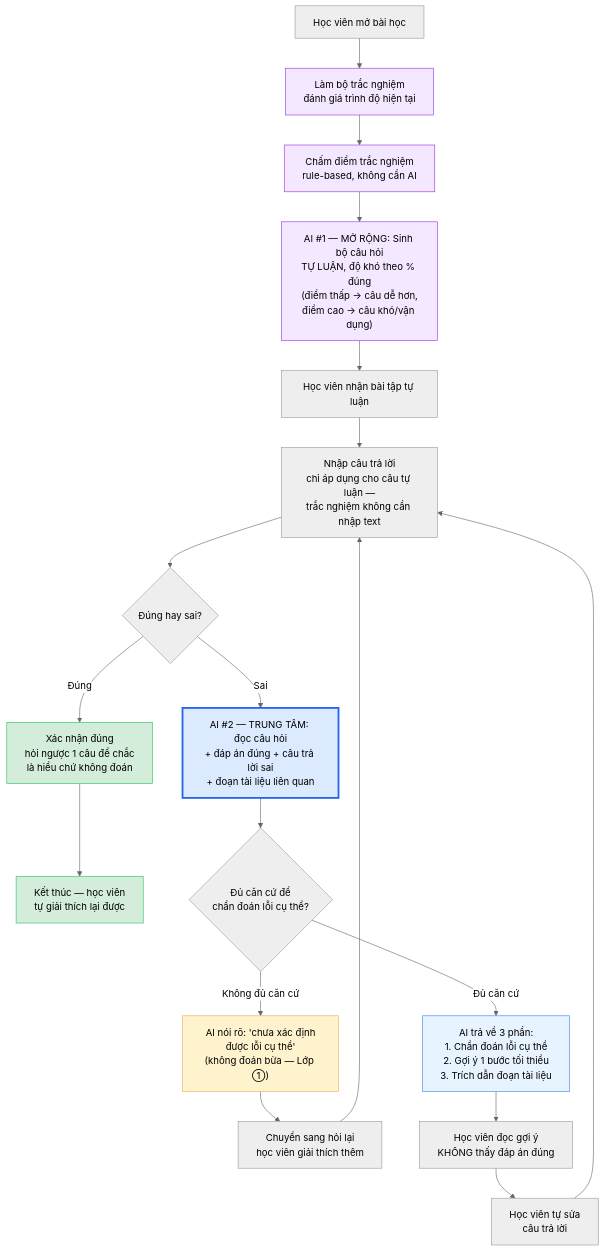
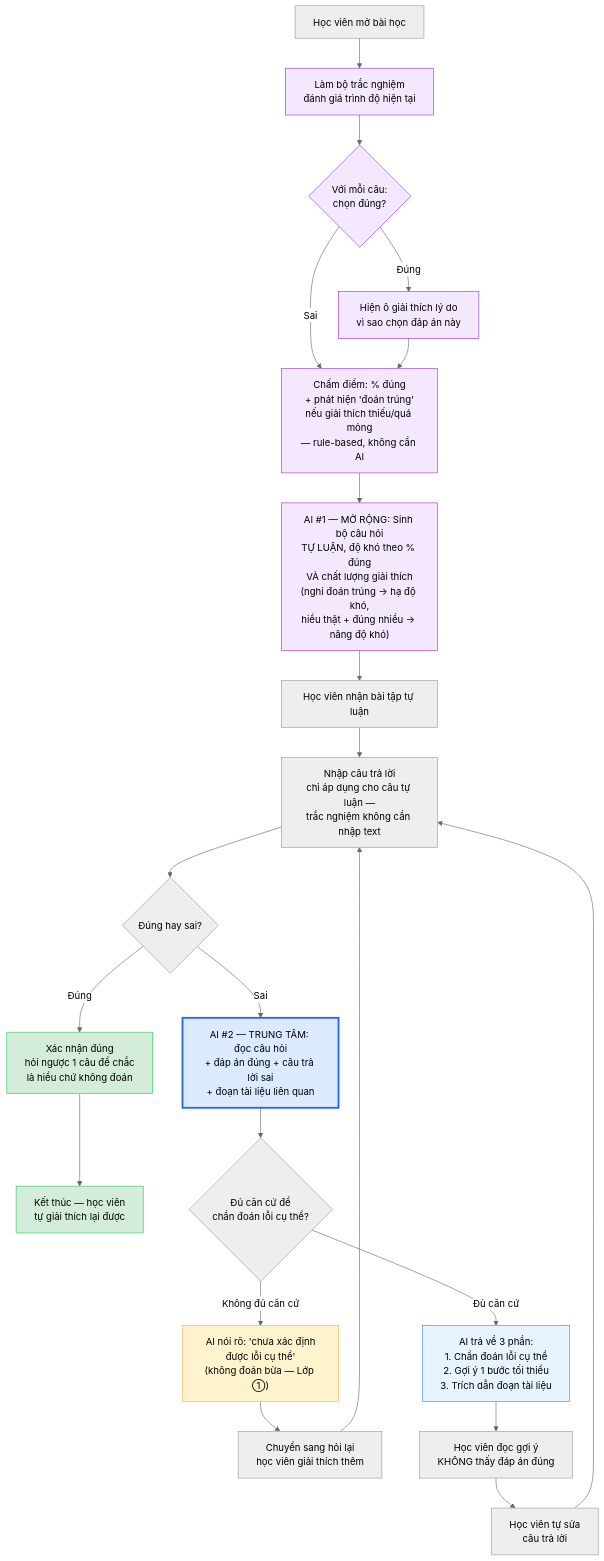
Before and after one commit to longka7/K4-3A-E403-4Idiots: the diagram in codebase/flow-diagram.md, drawn with Mermaid (neutral theme). The commit also changed other lines of this file and 1 other file, not shown here.

Commit message:
Update flow diagram: add explain-your-answer branch feeding difficulty calibration

````diff
--- a/codebase/flow-diagram.md
+++ b/codebase/flow-diagram.md
@@ -9,34 +9,39 @@
 ```mermaid
 flowchart TD
     A0[Học viên mở bài học] --> A1[Làm bộ trắc nghiệm<br/>đánh giá trình độ hiện tại]
-    A1 --> A2[Chấm điểm trắc nghiệm<br/>rule-based, không cần AI]
-    A2 --> A3["AI #1 — MỞ RỘNG: Sinh bộ câu hỏi<br/>TỰ LUẬN, độ khó theo % đúng<br/>(điểm thấp → câu dễ hơn,<br/>điểm cao → câu khó/vận dụng)"]
+    A1 --> A1b{Với mỗi câu:<br/>chọn đúng?}
+    A1b -->|Đúng| A1c[Hiện ô giải thích lý do<br/>vì sao chọn đáp án này]
+    A1b -->|Sai| A2
+    A1c --> A2[Chấm điểm: % đúng<br/>+ phát hiện 'đoán trúng'<br/>nếu giải thích thiếu/quá mỏng<br/>— rule-based, không cần AI]
+    A2 --> A3["AI #1 — MỞ RỘNG: Sinh bộ câu hỏi<br/>TỰ LUẬN, độ khó theo % đúng<br/>VÀ chất lượng giải thích<br/>(nghi đoán trúng → hạ độ khó,<br/>hiểu thật + đúng nhiều → nâng độ khó)"]
     A3 --> A[Học viên nhận bài tập tự luận]
 
     A --> B[Nhập câu trả lời<br/>chỉ áp dụng cho câu tự luận —<br/>trắc nghiệm không cần nhập text]
     B --> C{Đúng hay sai?}
 
     C -->|Đúng| D[Xác nhận đúng<br/>hỏi ngược 1 câu để chắc<br/>là hiểu chứ không đoán]
     D --> Z[Kết thúc — học viên<br/>tự giải thích lại được]
 
     C -->|Sai| E[AI #2 — TRUNG TÂM: đọc câu hỏi<br/>+ đáp án đúng + câu trả lời sai<br/>+ đoạn tài liệu liên quan]
     E --> F{Đủ căn cứ để<br/>chẩn đoán lỗi cụ thể?}
 
     F -->|Không đủ căn cứ| G["AI nói rõ: 'chưa xác định<br/>được lỗi cụ thể'<br/>(không đoán bừa — Lớp ①)"]
     G --> H[Chuyển sang hỏi lại<br/>học viên giải thích thêm]
     H --> B
 
     F -->|Đủ căn cứ| I[AI trả về 3 phần:<br/>1. Chẩn đoán lỗi cụ thể<br/>2. Gợi ý 1 bước tối thiểu<br/>3. Trích dẫn đoạn tài liệu]
     I --> J[Học viên đọc gợi ý<br/>KHÔNG thấy đáp án đúng]
     J --> K[Học viên tự sửa<br/>câu trả lời]
     K --> B
 
     style A1 fill:#f3e8ff,stroke:#9333ea
+    style A1b fill:#f3e8ff,stroke:#9333ea
+    style A1c fill:#f3e8ff,stroke:#9333ea
     style A2 fill:#f3e8ff,stroke:#9333ea
     style A3 fill:#f3e8ff,stroke:#9333ea
     style E fill:#dbeafe,stroke:#2563eb,stroke-width:3px
     style G fill:#fff3cd,stroke:#f0ad4e
     style I fill:#e7f3ff,stroke:#3b82f6
     style D fill:#d4edda,stroke:#22c55e
     style Z fill:#d4edda,stroke:#22c55e
 ```
````
